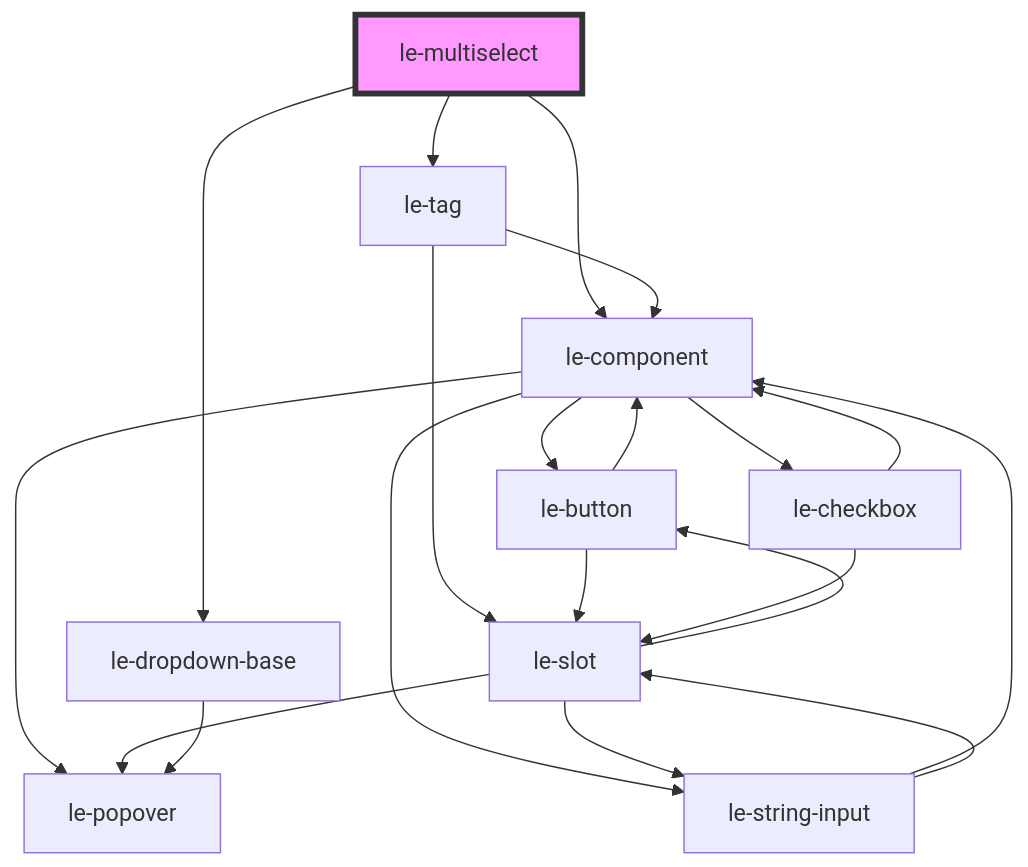
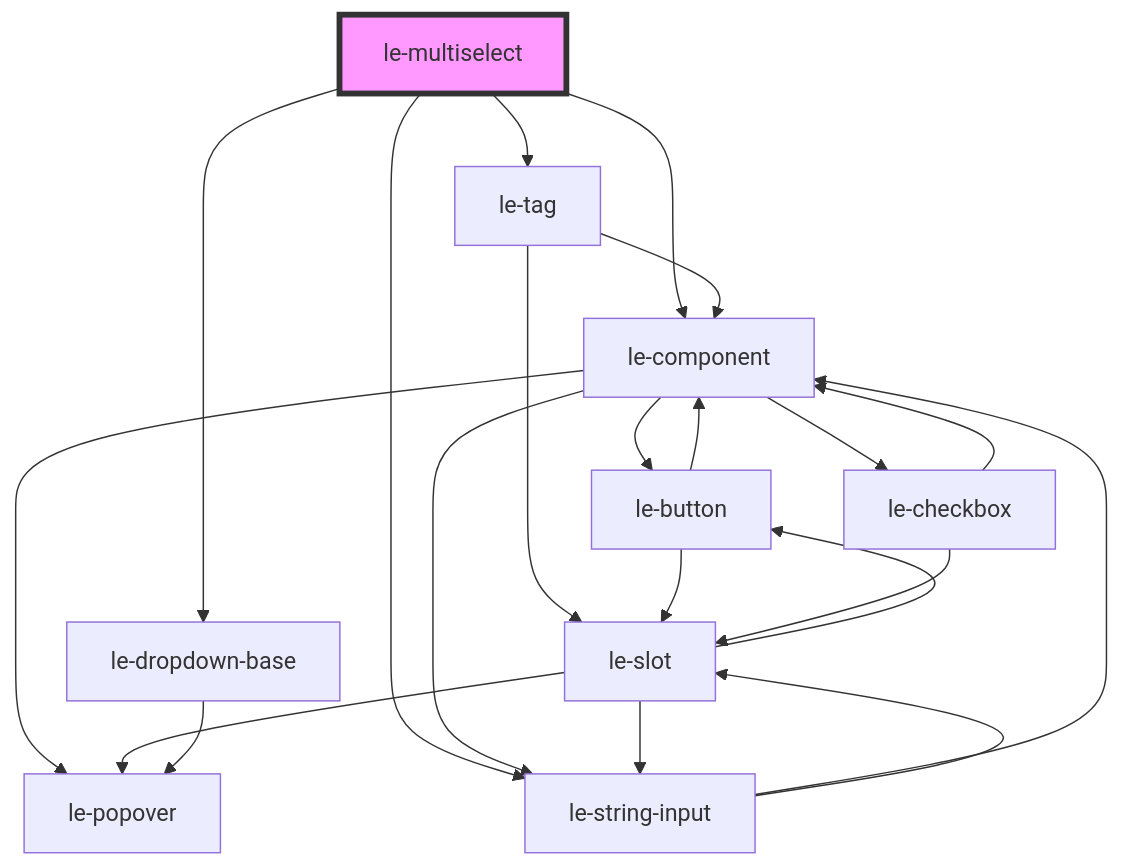
One commit to leechy/le-kit changed the diagram in src/components/le-multiselect/readme.md. Above: the diagram before and after it, drawn with Mermaid. The commit also changed other lines of this file and 21 other files, not shown here.

````diff
--- a/src/components/le-multiselect/readme.md
+++ b/src/components/le-multiselect/readme.md
@@ -84,23 +85,24 @@
 ```mermaid
 graph TD;
   le-multiselect --> le-tag
   le-multiselect --> le-component
   le-multiselect --> le-dropdown-base
+  le-multiselect --> le-string-input
   le-tag --> le-component
   le-tag --> le-slot
   le-component --> le-button
   le-component --> le-checkbox
   le-component --> le-string-input
   le-component --> le-popover
   le-button --> le-component
   le-button --> le-slot
   le-slot --> le-popover
   le-slot --> le-button
   le-slot --> le-string-input
   le-string-input --> le-component
   le-string-input --> le-slot
   le-checkbox --> le-component
   le-checkbox --> le-slot
   le-dropdown-base --> le-popover
   style le-multiselect fill:#f9f,stroke:#333,stroke-width:4px
 ```
````
